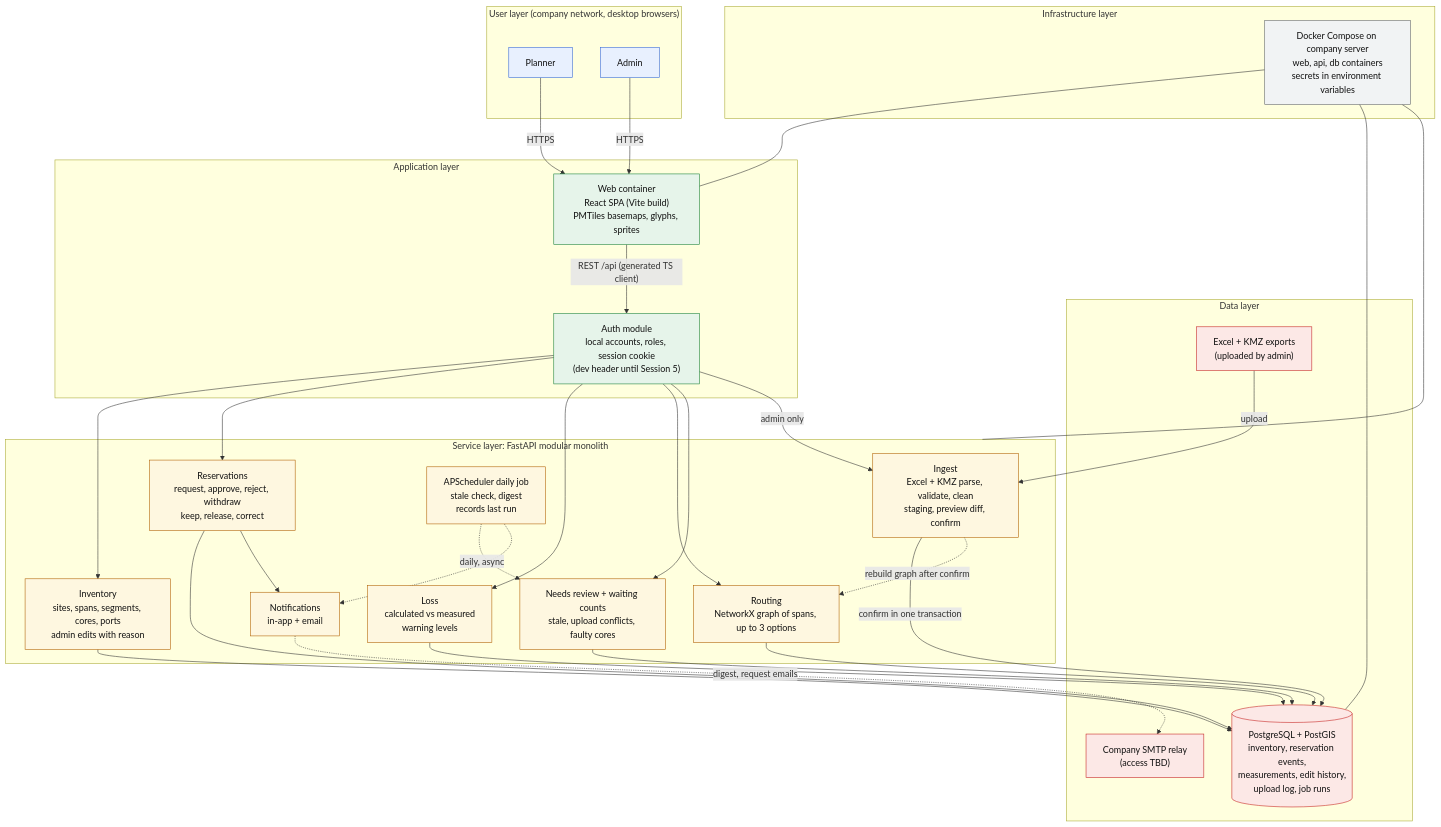
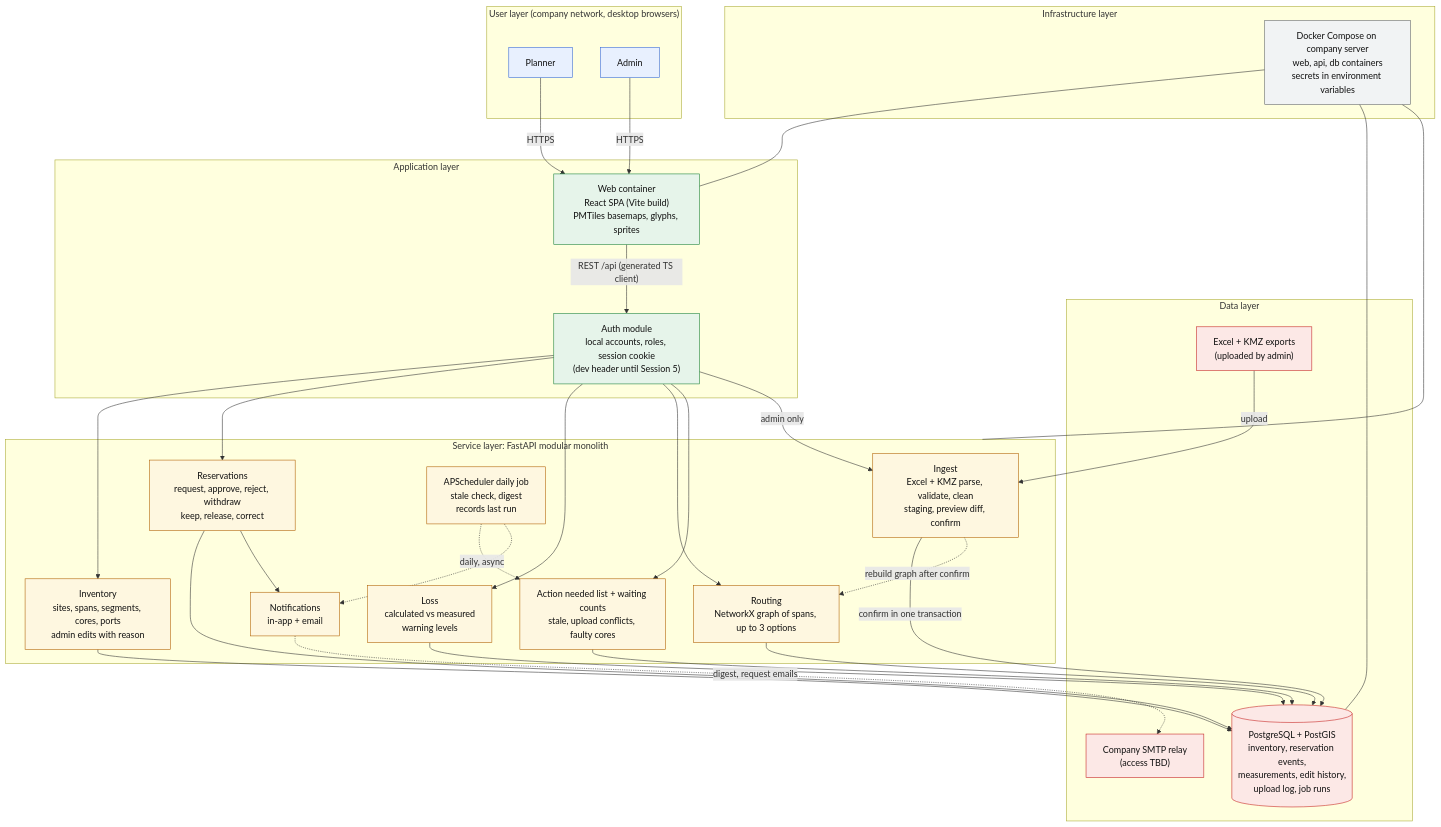
The diagram in docs/architecture.md (Pilths/fiber), drawn with Mermaid before and after one commit. The commit also changed other lines of this file and 5 other files, not shown here.

First line of the commit message:
Rename reservation Needs review to Stale and the list to Action needed

````diff
--- a/docs/architecture.md
+++ b/docs/architecture.md
@@ -25,59 +25,59 @@
 ```mermaid
 flowchart TB
   subgraph USER["User layer (company network, desktop browsers)"]
     P["Planner"]
     A["Admin"]
   end
 
   subgraph APP["Application layer"]
     WEB["Web container<br/>React SPA (Vite build)<br/>PMTiles basemaps, glyphs, sprites"]
     AUTH["Auth module<br/>local accounts, roles, session cookie<br/>(dev header until Session 5)"]
   end
 
   subgraph SVC["Service layer: FastAPI modular monolith"]
     INGEST["Ingest<br/>Excel + KMZ parse, validate, clean<br/>staging, preview diff, confirm"]
     INV["Inventory<br/>sites, spans, segments, cores, ports<br/>admin edits with reason"]
     RES["Reservations<br/>request, approve, reject, withdraw<br/>keep, release, correct"]
     LOSS["Loss<br/>calculated vs measured<br/>warning levels"]
     ROUTE["Routing<br/>NetworkX graph of spans, up to 3 options"]
-    REVIEW["Needs review + waiting counts<br/>stale, upload conflicts, faulty cores"]
+    REVIEW["Action needed list + waiting counts<br/>stale, upload conflicts, faulty cores"]
     JOB["APScheduler daily job<br/>stale check, digest<br/>records last run"]
     NOTIFY["Notifications<br/>in-app + email"]
   end
 
   subgraph DATA["Data layer"]
     PG[("PostgreSQL + PostGIS<br/>inventory, reservation events,<br/>measurements, edit history,<br/>upload log, job runs")]
     FILES["Excel + KMZ exports<br/>(uploaded by admin)"]
     SMTP["Company SMTP relay<br/>(access TBD)"]
   end
 
   subgraph INFRA["Infrastructure layer"]
     DC["Docker Compose on company server<br/>web, api, db containers<br/>secrets in environment variables"]
   end
 
   P -->|HTTPS| WEB
   A -->|HTTPS| WEB
   WEB -->|"REST /api (generated TS client)"| AUTH
   AUTH --> INV & RES & LOSS & ROUTE & REVIEW
   AUTH -->|admin only| INGEST
   FILES -->|upload| INGEST
   INGEST -->|confirm in one transaction| PG
   INV & RES & LOSS & ROUTE & REVIEW --> PG
   RES --> NOTIFY
   JOB -.->|daily, async| REVIEW
   JOB -.-> NOTIFY
   NOTIFY -.->|digest, request emails| SMTP
   INGEST -.->|rebuild graph after confirm| ROUTE
   DC --- WEB & SVC & PG
 
   classDef user fill:#e8f0fe,stroke:#3367d6,color:#111
   classDef app fill:#e6f4ea,stroke:#188038,color:#111
   classDef svc fill:#fef7e0,stroke:#b06000,color:#111
   classDef data fill:#fce8e6,stroke:#c5221f,color:#111
   classDef infra fill:#f1f3f4,stroke:#5f6368,color:#111
   class P,A user
   class WEB,AUTH app
   class INGEST,INV,RES,LOSS,ROUTE,REVIEW,JOB,NOTIFY svc
   class PG,FILES,SMTP data
   class DC infra
 ```
````
